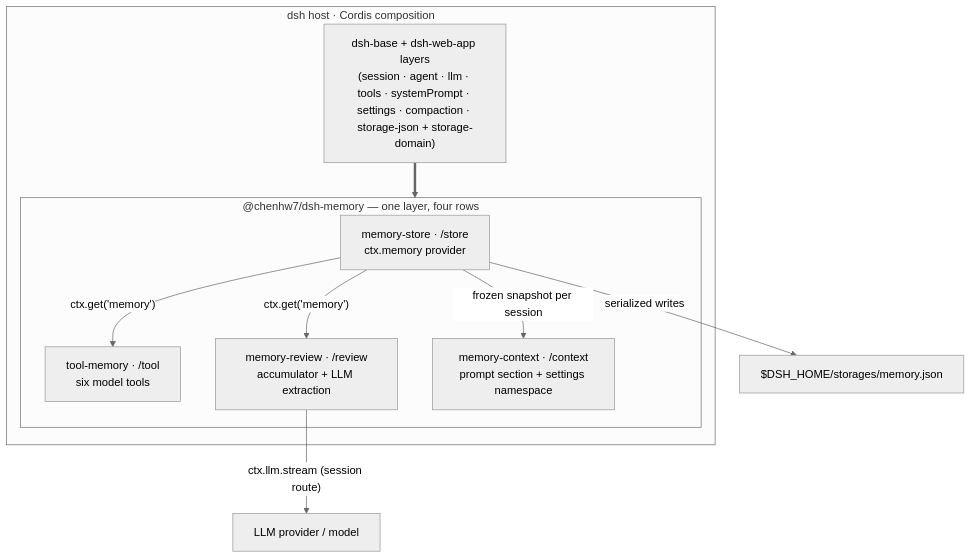
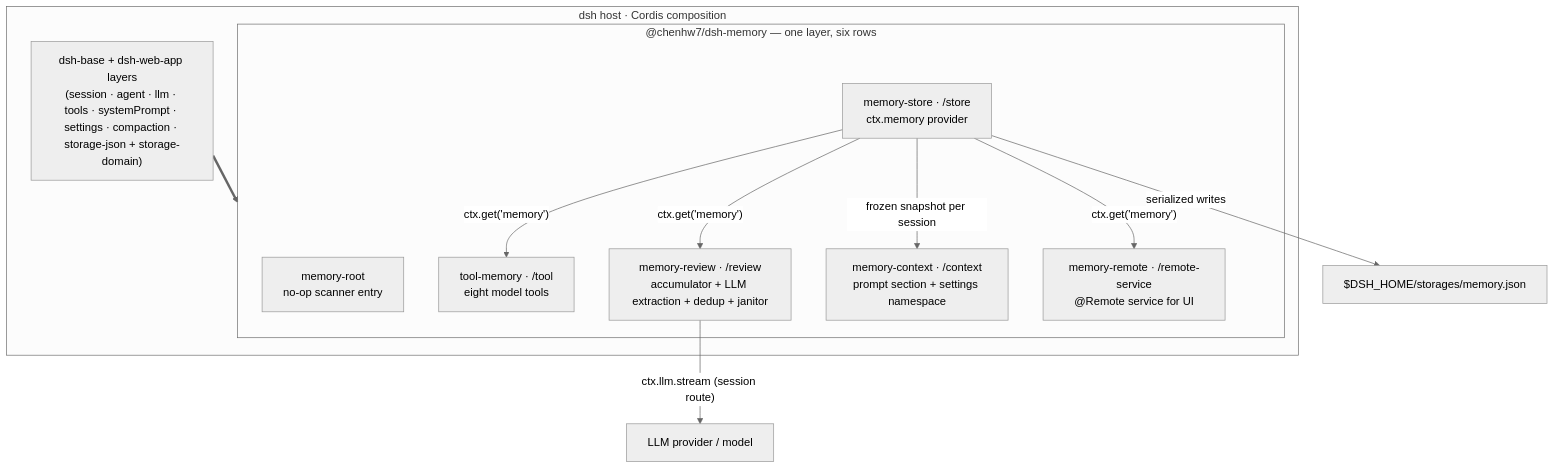
The first of 3 diagrams in docs/TECH_DESIGN.md (chenhw7/dsh-memory), drawn with Mermaid (neutral theme) before and after one commit. The commit also changed other lines of this file and 8 other files, not shown here.

````diff
--- a/docs/TECH_DESIGN.md
+++ b/docs/TECH_DESIGN.md
@@ -99,18 +92,21 @@
 ```mermaid
 flowchart TB
   subgraph host["dsh host · Cordis composition"]
     base["dsh-base + dsh-web-app layers<br/>(session · agent · llm · tools · systemPrompt · settings · compaction · storage-json + storage-domain)"]
-    subgraph bundle["@chenhw7/dsh-memory — one layer, four rows"]
+    subgraph bundle["@chenhw7/dsh-memory — one layer, six rows"]
+      root["memory-root<br/>no-op scanner entry"]
       store["memory-store · /store<br/>ctx.memory provider"]
-      tool["tool-memory · /tool<br/>six model tools"]
-      review["memory-review · /review<br/>accumulator + LLM extraction"]
+      tool["tool-memory · /tool<br/>eight model tools"]
+      review["memory-review · /review<br/>accumulator + LLM extraction + dedup + janitor"]
       context["memory-context · /context<br/>prompt section + settings namespace"]
+      remote["memory-remote · /remote-service<br/>@Remote service for UI"]
     end
   end
   base ==> bundle
   store -- "ctx.get('memory')" --> tool
   store -- "ctx.get('memory')" --> review
   store -- "frozen snapshot per session" --> context
+  store -- "ctx.get('memory')" --> remote
   review -- "ctx.llm.stream (session route)" --> llm["LLM provider / model"]
   store -- "serialized writes" --> json["$DSH_HOME/storages/memory.json"]
 ```
````
